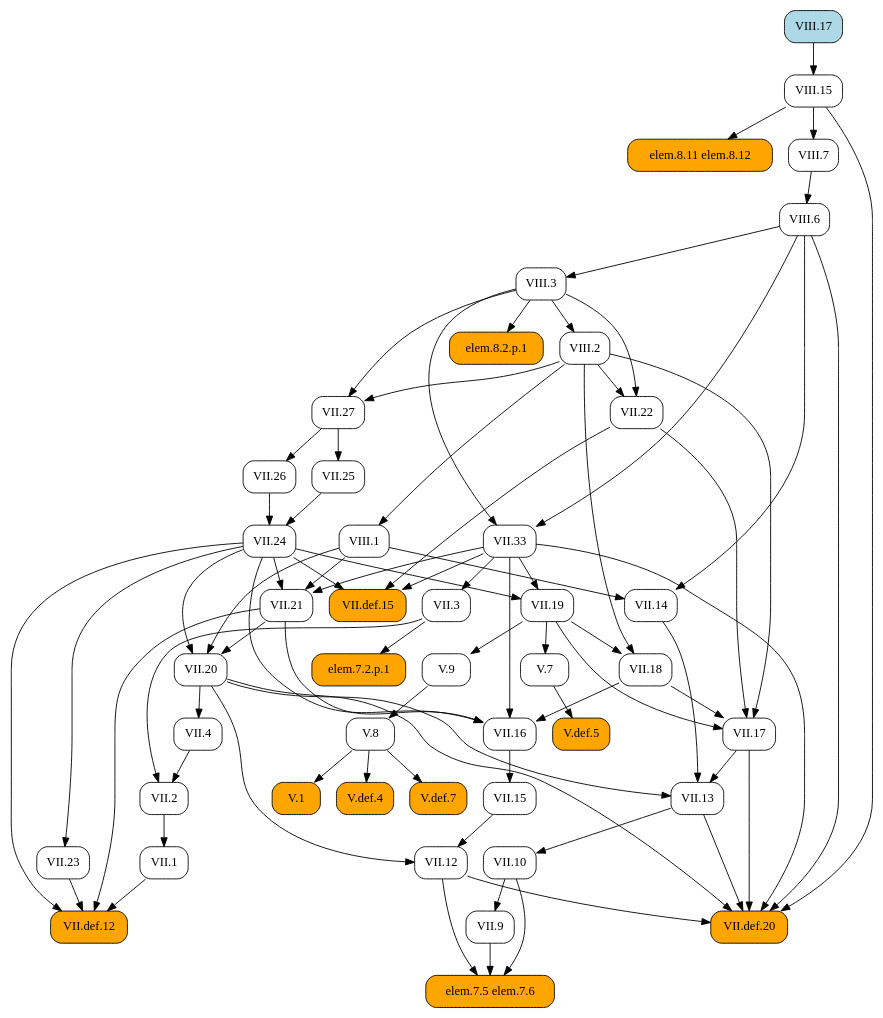
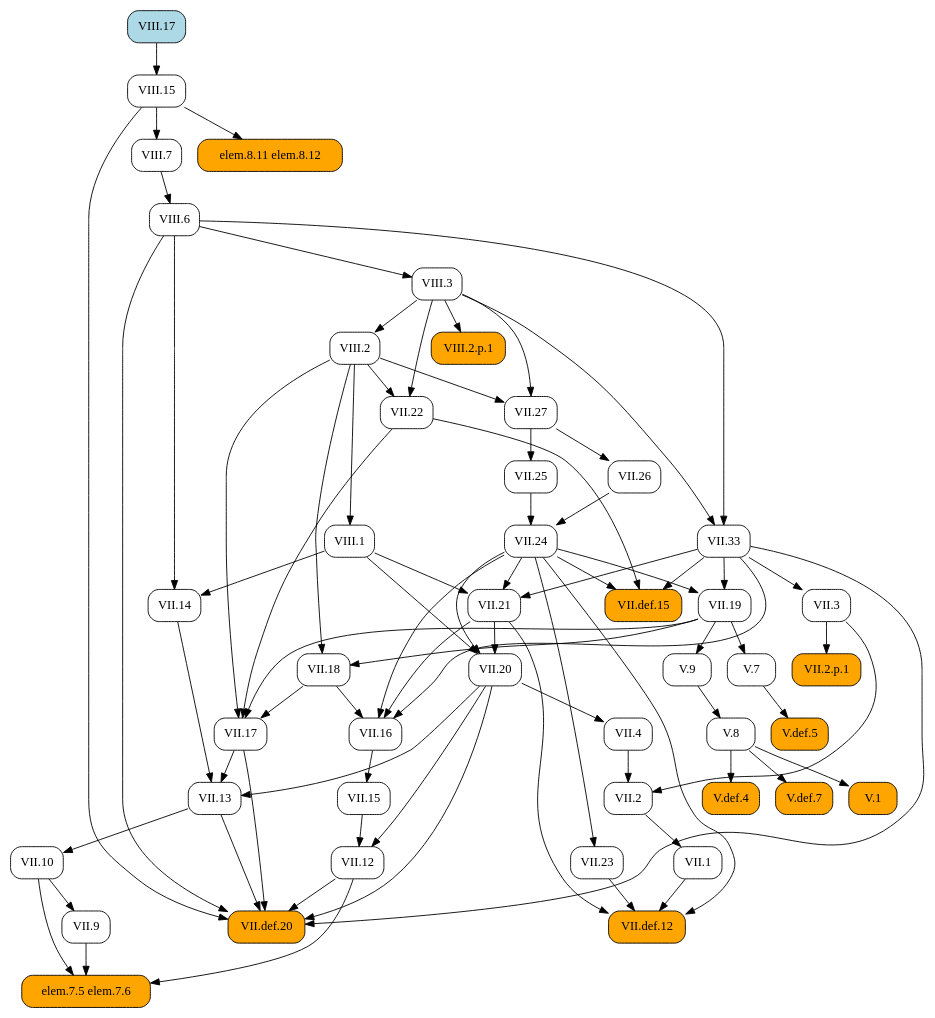
Before and after one commit to geometor/elements: the diagram in docsrc/heath/VIII/17/index.rst, drawn with Graphviz. The commit also changed 484 other files, not shown here.

```diff
--- a/docsrc/heath/VIII/17/index.rst
+++ b/docsrc/heath/VIII/17/index.rst
@@ -36,119 +36,88 @@
    digraph {
      rankdir="TB";
      node [shape=box, style=rounded];
-     "VII.1" [URL="/heath/VII/1/", target="_top"];
+     "VII.33" [URL="/heath/VII/33/", target="_top"];
+     "VII.12" [URL="/heath/VII/12/", target="_top"];
+     "VIII.6" [URL="/heath/VIII/6/", target="_top"];
+     "elem.7.5 elem.7.6" [style="rounded,filled", fillcolor=orange];
      "VII.9" [URL="/heath/VII/9/", target="_top"];
-     "V.def.5" [style="rounded,filled", fillcolor=orange, URL="/heath/V/def.5/", target="_top"];
-     "VII.3" [URL="/heath/VII/3/", target="_top"];
-     "VII.17" [URL="/heath/VII/17/", target="_top"];
-     "elem.7.5 elem.7.6" [style="rounded,filled", fillcolor=orange];
-     "V.7" [URL="/heath/V/7/", target="_top"];
-     "VIII.17" [style="rounded,filled", fillcolor=lightblue, URL="/heath/VIII/17/", target="_top"];
-     "V.9" [URL="/heath/V/9/", target="_top"];
-     "VII.13" [URL="/heath/VII/13/", target="_top"];
-     "VII.2" [URL="/heath/VII/2/", target="_top"];
-     "VIII.1" [URL="/heath/VIII/1/", target="_top"];
      "VIII.2" [URL="/heath/VIII/2/", target="_top"];
-     "VII.12" [URL="/heath/VII/12/", target="_top"];
-     "elem.8.11 elem.8.12" [style="rounded,filled", fillcolor=orange];
-     "VIII.6" [URL="/heath/VIII/6/", target="_top"];
-     "VII.24" [URL="/heath/VII/24/", target="_top"];
-     "VII.def.12" [style="rounded,filled", fillcolor=orange, URL="/heath/VII/def.12/", target="_top"];
-     "V.8" [URL="/heath/V/8/", target="_top"];
-     "VII.33" [URL="/heath/VII/33/", target="_top"];
-     "elem.7.2.p.1" [style="rounded,filled", fillcolor=orange];
-     "VIII.7" [URL="/heath/VIII/7/", target="_top"];
-     "VII.10" [URL="/heath/VII/10/", target="_top"];
-     "VII.def.15" [style="rounded,filled", fillcolor=orange, URL="/heath/VII/def.15/", target="_top"];
-     "VII.19" [URL="/heath/VII/19/", target="_top"];
      "VII.18" [URL="/heath/VII/18/", target="_top"];
      "VII.16" [URL="/heath/VII/16/", target="_top"];
+     "V.7" [URL="/heath/V/7/", target="_top"];
      "VII.26" [URL="/heath/VII/26/", target="_top"];
-     "VII.4" [URL="/heath/VII/4/", target="_top"];
-     "VII.25" [URL="/heath/VII/25/", target="_top"];
-     "VII.21" [URL="/heath/VII/21/", target="_top"];
-     "V.1" [style="rounded,filled", fillcolor=orange, URL="/heath/V/1/", target="_top"];
-     "VII.20" [URL="/heath/VII/20/", target="_top"];
+     "VIII.17" [style="rounded,filled", fillcolor=lightblue, URL="/heath/VIII/17/", target="_top"];
+     "V.def.5" [style="rounded,filled", fillcolor=orange, URL="/heath/V/def.5/", target="_top"];
+     "V.9" [URL="/heath/V/9/", target="_top"];
+     "VII.10" [URL="/heath/VII/10/", target="_top"];
+     "VIII.3" [URL="/heath/VIII/3/", target="_top"];
+     "VII.13" [URL="/heath/VII/13/", target="_top"];
+     "VIII.15" [URL="/heath/VIII/15/", target="_top"];
+     "VII.def.15" [style="rounded,filled", fillcolor=orange, URL="/heath/VII/def.15/", target="_top"];
+     "VIII.2.p.1" [style="rounded,filled", fillcolor=orange];
+     "VII.19" [URL="/heath/VII/19/", target="_top"];
+     "VII.17" [URL="/heath/VII/17/", target="_top"];
+     "VII.2" [URL="/heath/VII/2/", target="_top"];
+     "VII.def.20" [style="rounded,filled", fillcolor=orange, URL="/heath/VII/def.20/", target="_top"];
+     "VII.2.p.1" [style="rounded,filled", fillcolor=orange];
+     "VII.15" [URL="/heath/VII/15/", target="_top"];
+     "V.def.4" [style="rounded,filled", fillcolor=orange, URL="/heath/V/def.4/", target="_top"];
+     "VIII.7" [URL="/heath/VIII/7/", target="_top"];
+     "V.def.7" [style="rounded,filled", fillcolor=orange, URL="/heath/V/def.7/", target="_top"];
      "VII.14" [URL="/heath/VII/14/", target="_top"];
      "VII.27" [URL="/heath/VII/27/", target="_top"];
-     "VIII.3" [URL="/heath/VIII/3/", target="_top"];
-     "V.def.4" [style="rounded,filled", fillcolor=orange, URL="/heath/V/def.4/", target="_top"];
+     "VII.21" [URL="/heath/VII/21/", target="_top"];
      "VII.22" [URL="/heath/VII/22/", target="_top"];
-     "V.def.7" [style="rounded,filled", fillcolor=orange, URL="/heath/V/def.7/", target="_top"];
+     "VII.25" [URL="/heath/VII/25/", target="_top"];
+     "VIII.1" [URL="/heath/VIII/1/", target="_top"];
+     "VII.1" [URL="/heath/VII/1/", target="_top"];
+     "V.8" [URL="/heath/V/8/", target="_top"];
      "VII.23" [URL="/heath/VII/23/", target="_top"];
-     "VII.15" [URL="/heath/VII/15/", target="_top"];
-     "VIII.15" [URL="/heath/VIII/15/", target="_top"];
-     "VII.def.20" [style="rounded,filled", fillcolor=orange, URL="/heath/VII/def.20/", target="_top"];
-     "elem.8.2.p.1" [style="rounded,filled", fillcolor=orange];
-     "VII.2" -> "VII.1";
-     "VII.10" -> "VII.9";
-     "V.7" -> "V.def.5";
-     "VII.33" -> "VII.3";
-     "VII.18" -> "VII.17";
-     "VII.19" -> "VII.17";
-     "VII.22" -> "VII.17";
-     "VIII.2" -> "VII.17";
+     "VII.4" [URL="/heath/VII/4/", target="_top"];
+     "VII.def.12" [style="rounded,filled", fillcolor=orange, URL="/heath/VII/def.12/", target="_top"];
+     "V.1" [style="rounded,filled", fillcolor=orange, URL="/heath/V/1/", target="_top"];
+     "elem.8.11 elem.8.12" [style="rounded,filled", fillcolor=orange];
+     "VII.3" [URL="/heath/VII/3/", target="_top"];
+     "VII.24" [URL="/heath/VII/24/", target="_top"];
+     "VII.20" [URL="/heath/VII/20/", target="_top"];
+     "VIII.3" -> "VII.33";
+     "VIII.6" -> "VII.33";
+     "VII.15" -> "VII.12";
+     "VII.20" -> "VII.12";
+     "VIII.7" -> "VIII.6";
      "VII.9" -> "elem.7.5 elem.7.6";
      "VII.10" -> "elem.7.5 elem.7.6";
      "VII.12" -> "elem.7.5 elem.7.6";
-     "VII.19" -> "V.7";
-     "VII.19" -> "V.9";
-     "VII.14" -> "VII.13";
-     "VII.17" -> "VII.13";
-     "VII.20" -> "VII.13";
-     "VII.3" -> "VII.2";
-     "VII.4" -> "VII.2";
-     "VIII.2" -> "VIII.1";
+     "VII.10" -> "VII.9";
      "VIII.3" -> "VIII.2";
-     "VII.15" -> "VII.12";
-     "VII.20" -> "VII.12";
-     "VIII.15" -> "elem.8.11 elem.8.12";
-     "VIII.7" -> "VIII.6";
-     "VII.25" -> "VII.24";
-     "VII.26" -> "VII.24";
-     "VII.1" -> "VII.def.12";
-     "VII.21" -> "VII.def.12";
-     "VII.23" -> "VII.def.12";
-     "VII.24" -> "VII.def.12";
-     "V.9" -> "V.8";
-     "VIII.3" -> "VII.33";
-     "VIII.6" -> "VII.33";
-     "VII.3" -> "elem.7.2.p.1";
-     "VIII.15" -> "VIII.7";
-     "VII.13" -> "VII.10";
-     "VII.22" -> "VII.def.15";
-     "VII.24" -> "VII.def.15";
-     "VII.33" -> "VII.def.15";
-     "VII.24" -> "VII.19";
-     "VII.33" -> "VII.19";
      "VII.19" -> "VII.18";
      "VIII.2" -> "VII.18";
      "VII.18" -> "VII.16";
      "VII.21" -> "VII.16";
      "VII.24" -> "VII.16";
      "VII.33" -> "VII.16";
+     "VII.19" -> "V.7";
      "VII.27" -> "VII.26";
-     "VII.20" -> "VII.4";
-     "VII.27" -> "VII.25";
-     "VII.24" -> "VII.21";
-     "VII.33" -> "VII.21";
-     "VIII.1" -> "VII.21";
-     "V.8" -> "V.1";
-     "VII.21" -> "VII.20";
-     "VII.24" -> "VII.20";
-     "VIII.1" -> "VII.20";
-     "VIII.1" -> "VII.14";
-     "VIII.6" -> "VII.14";
-     "VIII.2" -> "VII.27";
-     "VIII.3" -> "VII.27";
+     "V.7" -> "V.def.5";
+     "VII.19" -> "V.9";
+     "VII.13" -> "VII.10";
      "VIII.6" -> "VIII.3";
-     "V.8" -> "V.def.4";
-     "VIII.2" -> "VII.22";
-     "VIII.3" -> "VII.22";
-     "V.8" -> "V.def.7";
-     "VII.24" -> "VII.23";
-     "VII.16" -> "VII.15";
+     "VII.14" -> "VII.13";
+     "VII.17" -> "VII.13";
+     "VII.20" -> "VII.13";
      "VIII.17" -> "VIII.15";
+     "VII.22" -> "VII.def.15";
+     "VII.24" -> "VII.def.15";
+     "VII.33" -> "VII.def.15";
+     "VIII.3" -> "VIII.2.p.1";
+     "VII.24" -> "VII.19";
+     "VII.33" -> "VII.19";
+     "VII.18" -> "VII.17";
+     "VII.19" -> "VII.17";
+     "VII.22" -> "VII.17";
+     "VIII.2" -> "VII.17";
+     "VII.3" -> "VII.2";
+     "VII.4" -> "VII.2";
      "VII.12" -> "VII.def.20";
      "VII.13" -> "VII.def.20";
      "VII.17" -> "VII.def.20";
@@ -156,5 +125,36 @@
      "VII.33" -> "VII.def.20";
      "VIII.6" -> "VII.def.20";
      "VIII.15" -> "VII.def.20";
-     "VIII.3" -> "elem.8.2.p.1";
+     "VII.3" -> "VII.2.p.1";
+     "VII.16" -> "VII.15";
+     "V.8" -> "V.def.4";
+     "VIII.15" -> "VIII.7";
+     "V.8" -> "V.def.7";
+     "VIII.1" -> "VII.14";
+     "VIII.6" -> "VII.14";
+     "VIII.2" -> "VII.27";
+     "VIII.3" -> "VII.27";
+     "VII.24" -> "VII.21";
+     "VII.33" -> "VII.21";
+     "VIII.1" -> "VII.21";
+     "VIII.2" -> "VII.22";
+     "VIII.3" -> "VII.22";
+     "VII.27" -> "VII.25";
+     "VIII.2" -> "VIII.1";
+     "VII.2" -> "VII.1";
+     "V.9" -> "V.8";
+     "VII.24" -> "VII.23";
+     "VII.20" -> "VII.4";
+     "VII.1" -> "VII.def.12";
+     "VII.21" -> "VII.def.12";
+     "VII.23" -> "VII.def.12";
+     "VII.24" -> "VII.def.12";
+     "V.8" -> "V.1";
+     "VIII.15" -> "elem.8.11 elem.8.12";
+     "VII.33" -> "VII.3";
+     "VII.25" -> "VII.24";
+     "VII.26" -> "VII.24";
+     "VII.21" -> "VII.20";
+     "VII.24" -> "VII.20";
+     "VIII.1" -> "VII.20";
    }
```
